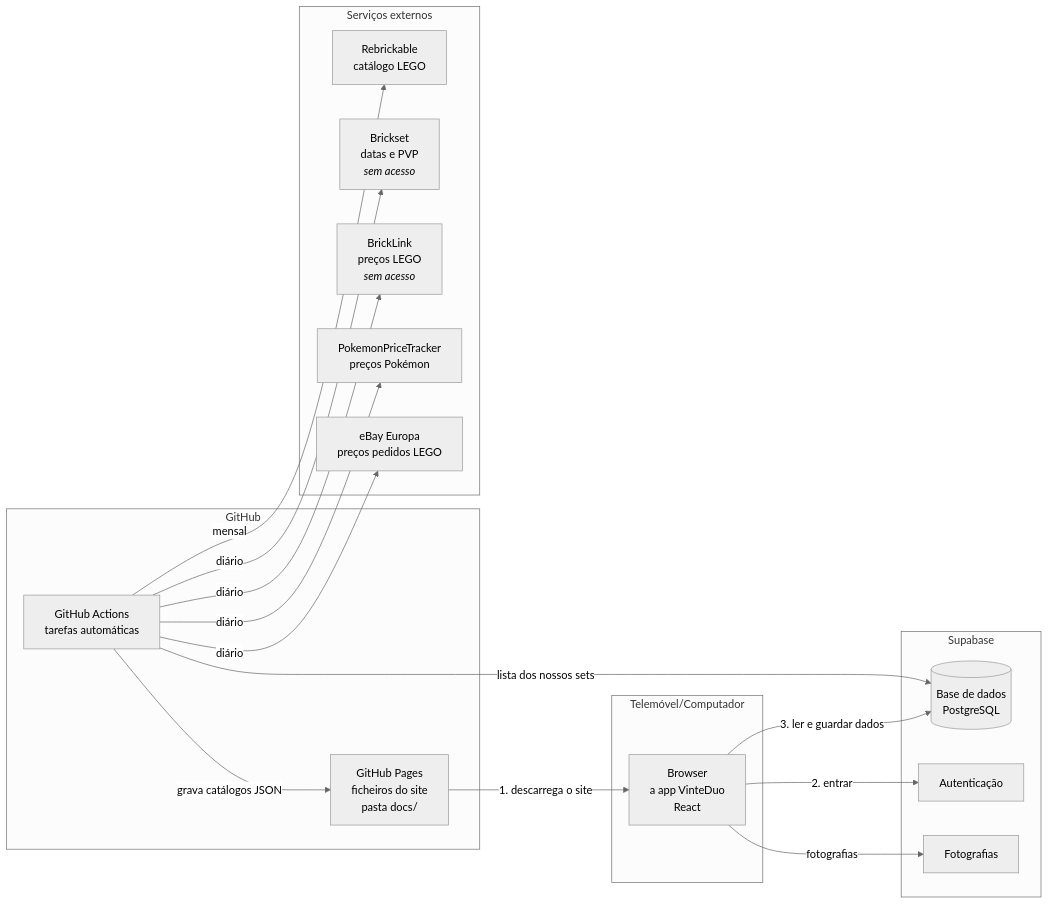
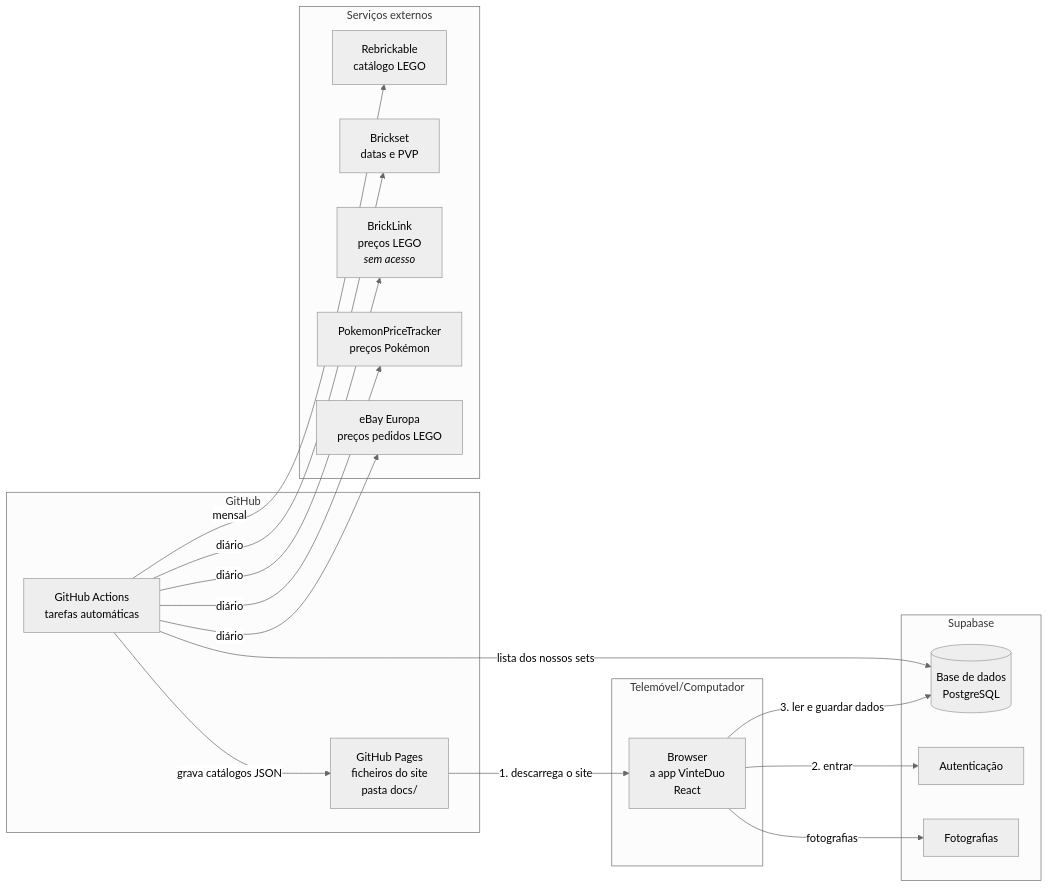
One commit to RicardoMarquesCardoso/gestao-vinted changed the first of 4 diagrams in README.md. Above: the diagram before and after it, drawn with Mermaid (neutral theme). The commit also changed other lines of this file and 1 other file, not shown here.

First line of the commit message:
Documentação: Brickset ligado

````diff
--- a/README.md
+++ b/README.md
@@ -48,31 +48,31 @@
 ```mermaid
 flowchart LR
   subgraph Telemóvel/Computador
     A[Browser<br/>a app VinteDuo<br/>React]
   end
   subgraph GitHub
     P[GitHub Pages<br/>ficheiros do site<br/>pasta docs/]
     G[GitHub Actions<br/>tarefas automáticas]
   end
   subgraph Supabase
     DB[(Base de dados<br/>PostgreSQL)]
     AU[Autenticação]
     ST[Fotografias]
   end
   subgraph Serviços externos
     RB[Rebrickable<br/>catálogo LEGO]
-    BS[Brickset<br/>datas e PVP<br/><i>sem acesso</i>]
+    BS[Brickset<br/>datas e PVP]
     BL[BrickLink<br/>preços LEGO<br/><i>sem acesso</i>]
     PT[PokemonPriceTracker<br/>preços Pokémon]
     EB[eBay Europa<br/>preços pedidos LEGO]
   end
 
   P -- "1. descarrega o site" --> A
   A -- "2. entrar" --> AU
   A -- "3. ler e guardar dados" --> DB
   A -- fotografias --> ST
   G -- "mensal" --> RB
   G -- "diário" --> EB & PT & BS & BL
   G -- "grava catálogos JSON" --> P
   G -- "lista dos nossos sets" --> DB
 ```
````
